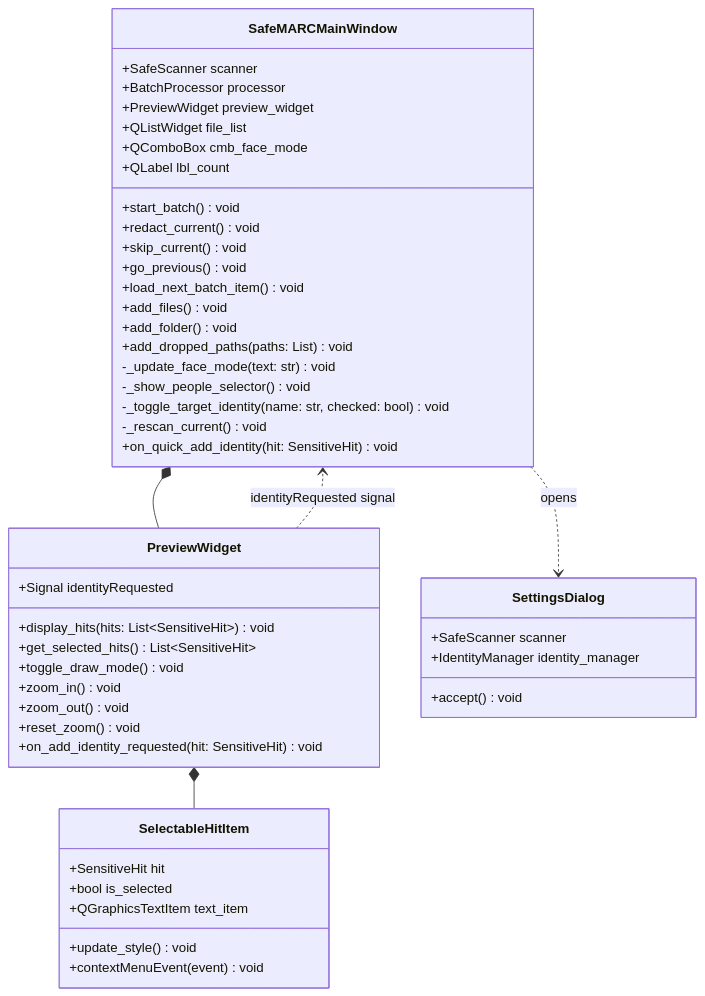
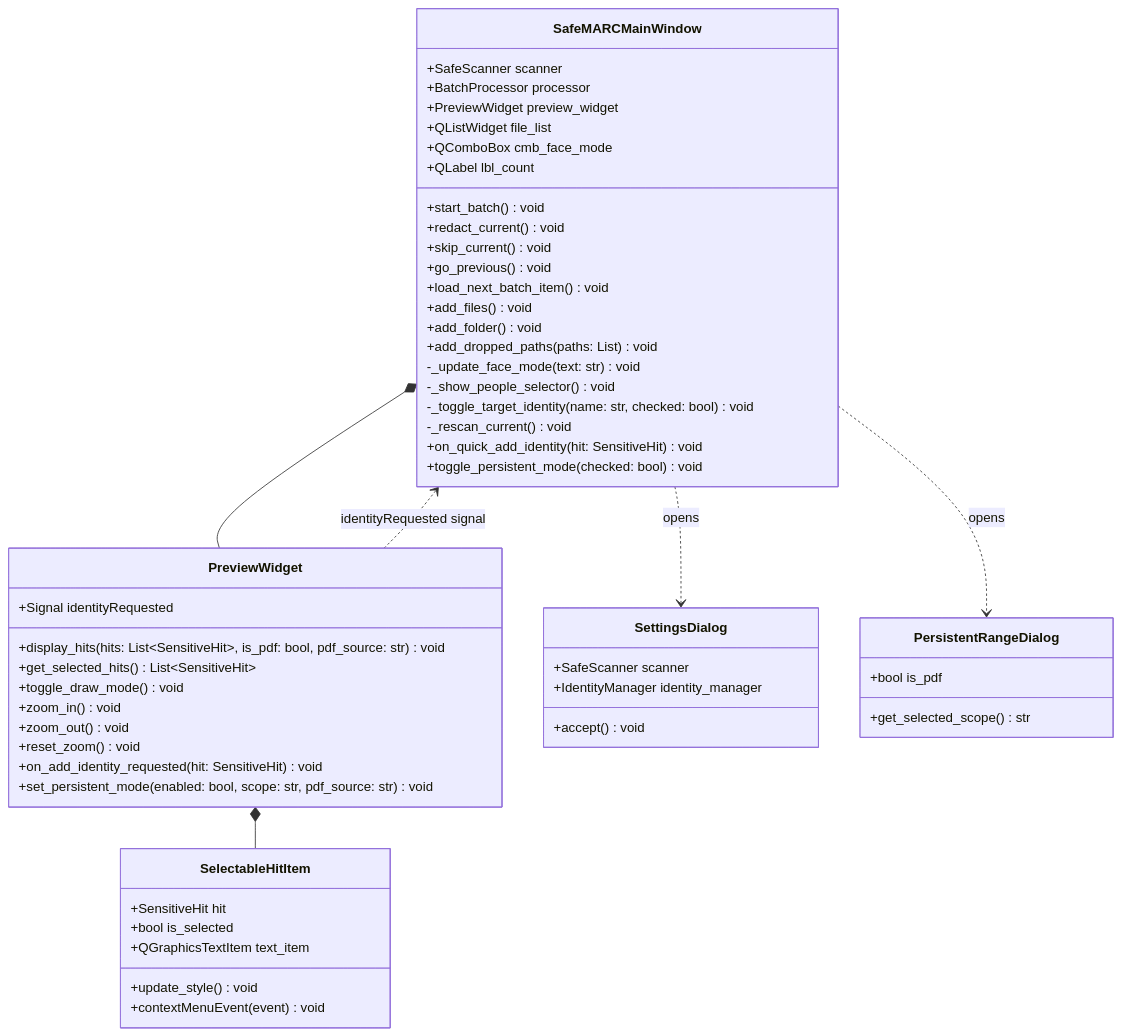
The third of 3 diagrams in docs/architecture/uml_classes.md (FurqanHun/SafeMARC), drawn with Mermaid before and after one commit. The commit also changed 1 other file, not shown here.

Commit message:
docs(architecture): document persistent draw tool smart range scope workflows and UML structures

````diff
--- a/docs/architecture/uml_classes.md
+++ b/docs/architecture/uml_classes.md
@@ -111,56 +111,64 @@
 ```mermaid
 classDiagram
     direction TB
 
     class SafeMARCMainWindow {
         +SafeScanner scanner
         +BatchProcessor processor
         +PreviewWidget preview_widget
         +QListWidget file_list
         +QComboBox cmb_face_mode
         +QLabel lbl_count
         +start_batch() void
         +redact_current() void
         +skip_current() void
         +go_previous() void
         +load_next_batch_item() void
         +add_files() void
         +add_folder() void
         +add_dropped_paths(paths: List) void
         -_update_face_mode(text: str) void
         -_show_people_selector() void
         -_toggle_target_identity(name: str, checked: bool) void
         -_rescan_current() void
         +on_quick_add_identity(hit: SensitiveHit) void
+        +toggle_persistent_mode(checked: bool) void
     }
 
     class PreviewWidget {
         +Signal identityRequested
-        +display_hits(hits: List~SensitiveHit~) void
+        +display_hits(hits: List~SensitiveHit~, is_pdf: bool, pdf_source: str) void
         +get_selected_hits() List~SensitiveHit~
         +toggle_draw_mode() void
         +zoom_in() void
         +zoom_out() void
         +reset_zoom() void
         +on_add_identity_requested(hit: SensitiveHit) void
+        +set_persistent_mode(enabled: bool, scope: str, pdf_source: str) void
     }
 
     class SelectableHitItem {
         +SensitiveHit hit
         +bool is_selected
         +QGraphicsTextItem text_item
         +update_style() void
         +contextMenuEvent(event) void
     }
 
     class SettingsDialog {
         +SafeScanner scanner
         +IdentityManager identity_manager
         +accept() void
     }
 
+    class PersistentRangeDialog {
+        +bool is_pdf
+        +get_selected_scope() str
+    }
+
     SafeMARCMainWindow *-- PreviewWidget
     SafeMARCMainWindow ..> SettingsDialog : opens
+    SafeMARCMainWindow ..> PersistentRangeDialog : opens
     PreviewWidget *-- SelectableHitItem
     PreviewWidget ..> SafeMARCMainWindow : identityRequested signal
 ```
````
